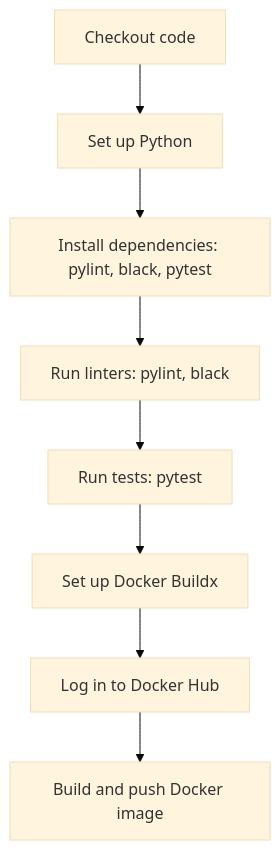
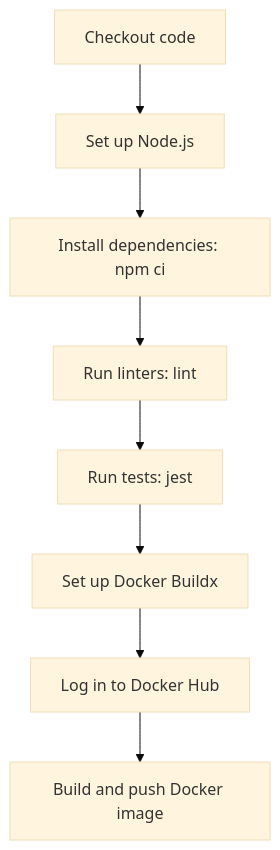
The diagram in README.md (MarcoBisson/LOG430-Lab0), drawn with Mermaid (base theme) before and after one commit. The commit also changed other lines of this file and 11 other files, not shown here.

````diff
--- a/README.md
+++ b/README.md
@@ -94,20 +137,20 @@
 ```mermaid
 flowchart TD
     A["Checkout code"]
-    B["Set up Python"]
-    C["Install dependencies: pylint, black, pytest"]
-    D["Run linters: pylint, black"]
-    E["Run tests: pytest"]
+    B["Set up Node.js"]
+    C["Install dependencies: npm ci"]
+    D["Run linters: lint"]
+    E["Run tests: jest"]
     F["Set up Docker Buildx"]
     G["Log in to Docker Hub"]
     H["Build and push Docker image"]
 
     A --> B
     B --> C
     C --> D
     D --> E
     E --> F
     F --> G
     G --> H
 
 ```
````
